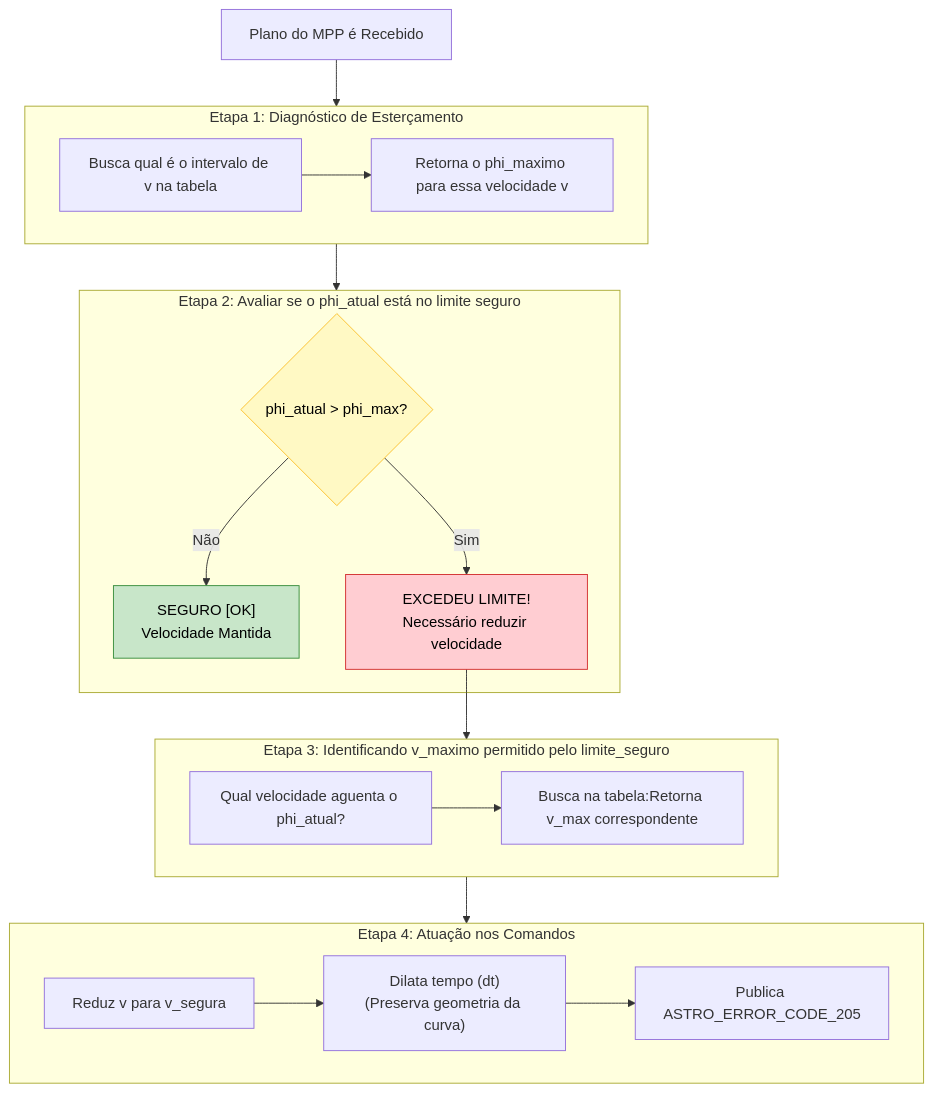
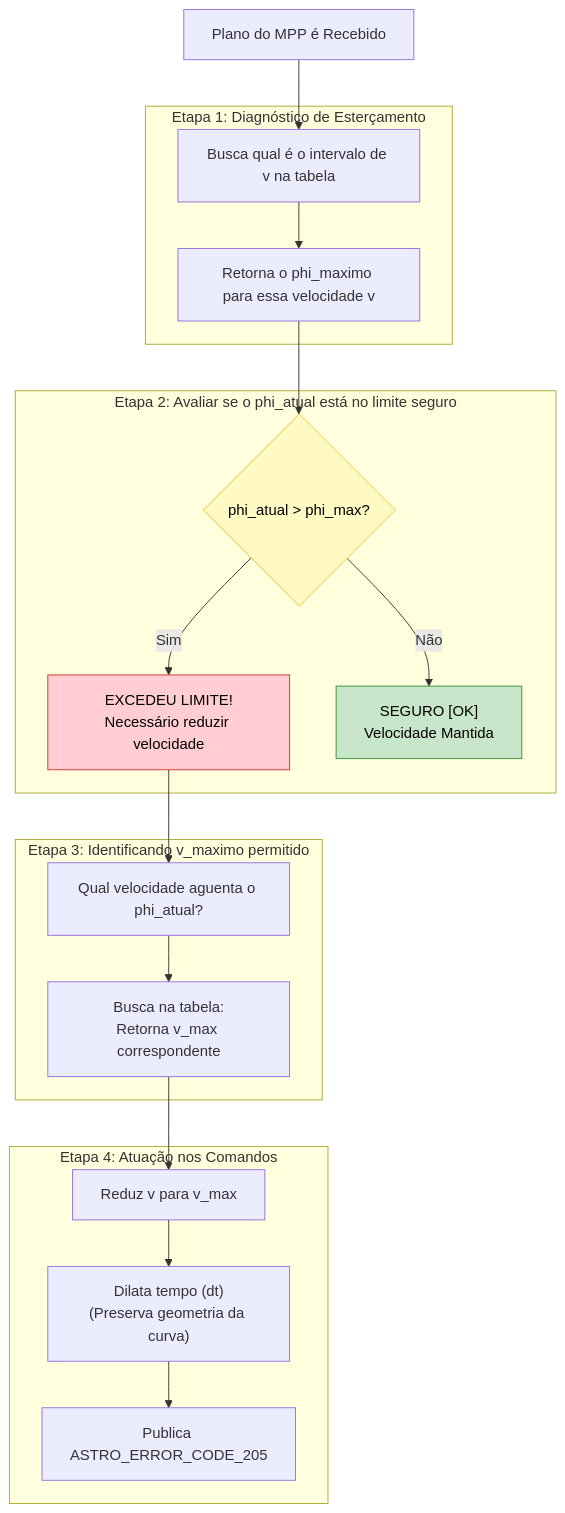
Before and after one commit to BrenoCSilva/lume: the diagram in README.md, drawn with Mermaid. The commit also changed other lines of this file, not shown here.

````diff
--- a/README.md
+++ b/README.md
@@ -53,36 +51,32 @@
 ```mermaid
 flowchart TD
-    CMD["Plano do MPP é Recebido"] --> E1
+    CMD["Plano do MPP é Recebido"] --> D1
     
     subgraph E1 ["Etapa 1: Diagnóstico de Esterçamento"]
-        D1["Busca qual é o intervalo de v na tabela"]
-        D1 --> D2["Retorna o phi_maximo para essa velocidade v"]
+        D1["Busca qual é o intervalo de v na tabela"] --> D2["Retorna o phi_maximo para essa velocidade v"]
     end
     
-    E1 --> E2
+    D2 --> C1
     
     subgraph E2 ["Etapa 2: Avaliar se o phi_atual está no limite seguro"]
         C1{"phi_atual > phi_max?"}
+        C1 -->|Sim| ALERTA["EXCEDEU LIMITE!<br>Necessário reduzir velocidade"]
         C1 -->|Não| OK["SEGURO [OK]<br>Velocidade Mantida"]
-        C1 -->|Sim| ALERTA["EXCEDEU LIMITE!<br>Necessário reduzir velocidade"]
     end
     
-    ALERTA --> E3
-
-    subgraph E3 ["Etapa 3: Identificando v_maximo permitido pelo limite_seguro"]
-        T1["Qual velocidade aguenta o phi_atual?"]
-        T1 --> T2["Busca na tabela:Retorna v_max correspondente"]
+    ALERTA --> T1
+    
+    subgraph E3 ["Etapa 3: Identificando v_maximo permitido"]
+        T1["Qual velocidade aguenta o phi_atual?"] --> T2["Busca na tabela:<br>Retorna v_max correspondente"]
     end
-    E3 --> E4
-
+    
+    T2 --> A1
+    
     subgraph E4 ["Etapa 4: Atuação nos Comandos"]
-        A1["Reduz v para v_segura"]
-        A2["Dilata tempo (dt)<br>(Preserva geometria da curva)"]
-        A3["Publica ASTRO_ERROR_CODE_205"]
-        A1 --> A2 --> A3
+        A1["Reduz v para v_max"] --> A2["Dilata tempo (dt)<br>(Preserva geometria da curva)"] --> A3["Publica ASTRO_ERROR_CODE_205"]
     end
 
     style OK fill:#c8e6c9,stroke:#388e3c,color:#000
     style ALERTA fill:#ffcdd2,stroke:#d32f2f,color:#000
     style C1 fill:#fff9c4,stroke:#fbc02d,color:#000
 ```
````
